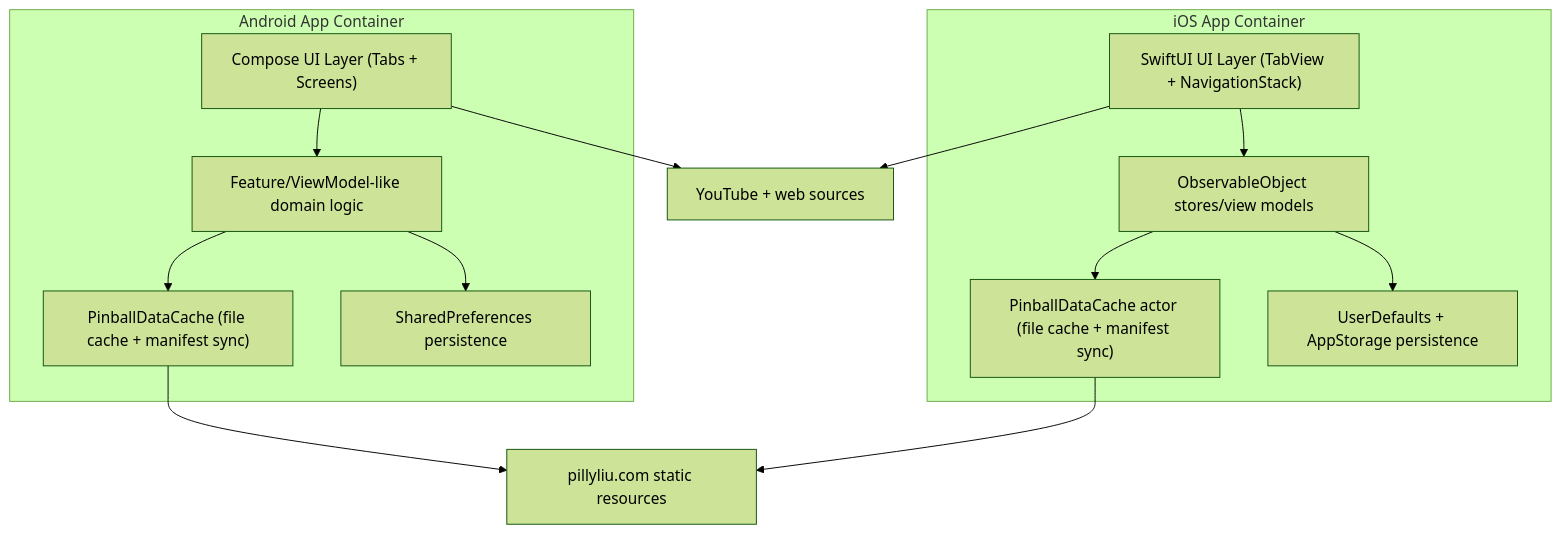
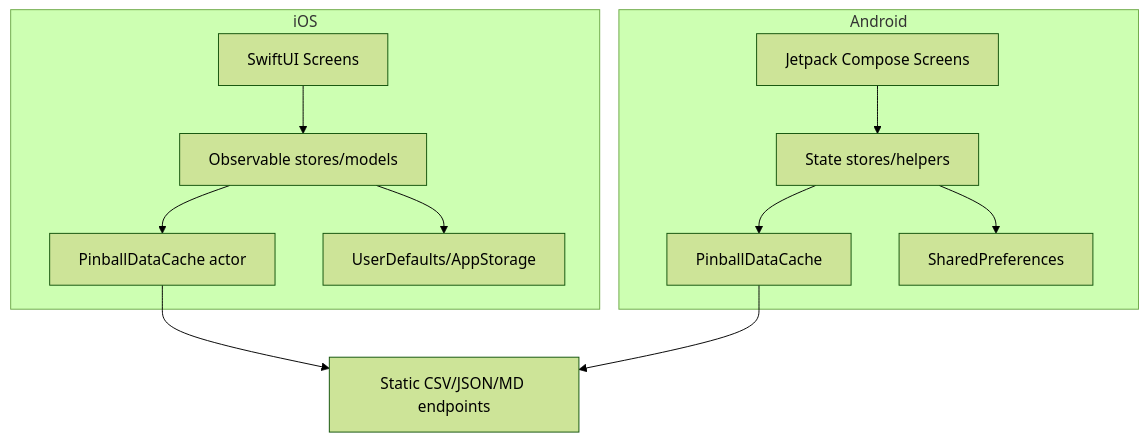
The second of 4 diagrams in Pinball_App_Architecture_Blueprint.md (pillyliu/Pinball-App), drawn with Mermaid (forest theme) before and after one commit. The commit also changed other lines of this file and 3 other files, not shown here.

Commit message:
docs(architecture): refresh full blueprint and regenerate print-layout pdf

````diff
--- a/Pinball_App_Architecture_Blueprint.md
+++ b/Pinball_App_Architecture_Blueprint.md
@@ -95,28 +66,24 @@
 ```mermaid
 flowchart TB
-    subgraph Android["Android App Container"]
-        AUI["Compose UI Layer (Tabs + Screens)"]
-        ADOM["Feature/ViewModel-like domain logic"]
-        ACACHE["PinballDataCache (file cache + manifest sync)"]
-        APREF["SharedPreferences persistence"]
+    subgraph iOS
+      IUI["SwiftUI Screens"]
+      ISTORE["Observable stores/models"]
+      ICACHE["PinballDataCache actor"]
+      ILOCAL["UserDefaults/AppStorage"]
     end
 
-    subgraph iOS["iOS App Container"]
-        IUI["SwiftUI UI Layer (TabView + NavigationStack)"]
-        IDOM["ObservableObject stores/view models"]
-        ICACHE["PinballDataCache actor (file cache + manifest sync)"]
-        IDEF["UserDefaults + AppStorage persistence"]
+    subgraph Android
+      AUI["Jetpack Compose Screens"]
+      ASTORE["State stores/helpers"]
+      ACACHE["PinballDataCache"]
+      ALOCAL["SharedPreferences"]
     end
 
-    DATA["pillyliu.com static resources"]
-    YT["YouTube + web sources"]
+    REMOTE["Static CSV/JSON/MD endpoints"]
 
-    AUI --> ADOM --> ACACHE --> DATA
-    ADOM --> APREF
+    IUI --> ISTORE --> ICACHE --> REMOTE
+    ISTORE --> ILOCAL
 
-    IUI --> IDOM --> ICACHE --> DATA
-    IDOM --> IDEF
-
-    AUI --> YT
-    IUI --> YT
+    AUI --> ASTORE --> ACACHE --> REMOTE
+    ASTORE --> ALOCAL
 ```
````
